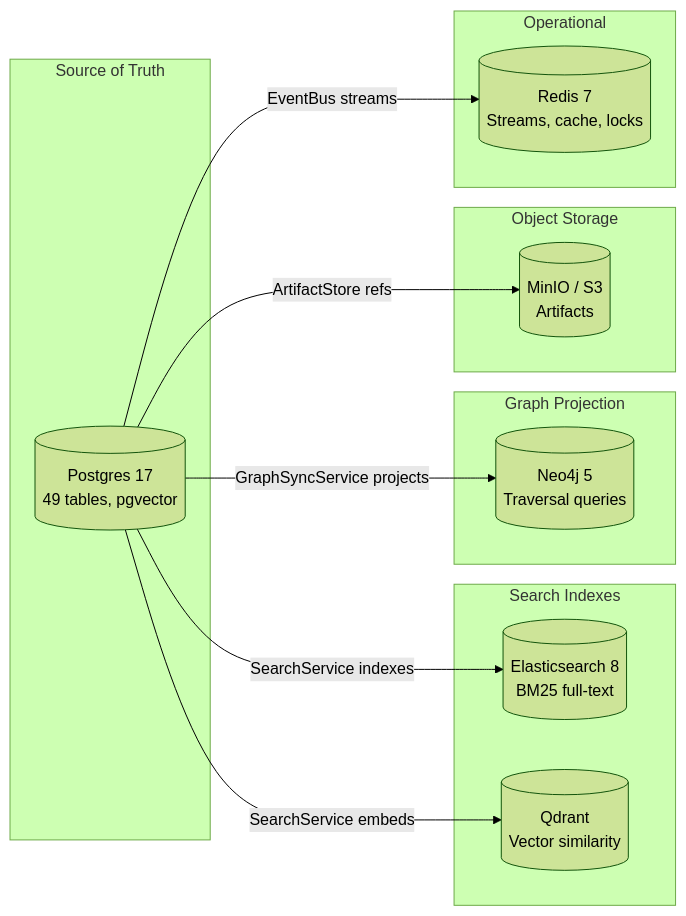
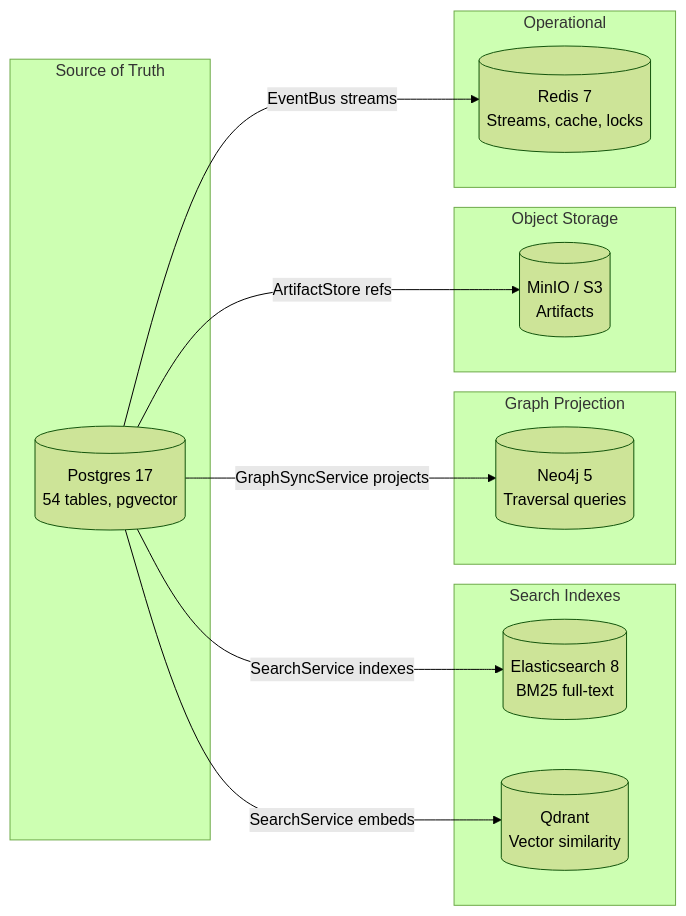
One commit to shivadharmi/muldro changed the second of 2 diagrams in docs/architecture/data-model.md. Above: the diagram before and after it, drawn with Mermaid (forest theme). The commit also changed other lines of this file and 25 other files, not shown here.

````diff
--- a/docs/architecture/data-model.md
+++ b/docs/architecture/data-model.md
@@ -260,29 +271,29 @@
 ```mermaid
 graph LR
     subgraph "Source of Truth"
-        PG[(Postgres 17<br/>49 tables, pgvector)]
+        PG[(Postgres 17<br/>54 tables, pgvector)]
     end
 
     subgraph "Search Indexes"
         ES[(Elasticsearch 8<br/>BM25 full-text)]
         QD[(Qdrant<br/>Vector similarity)]
     end
 
     subgraph "Graph Projection"
         N4J[(Neo4j 5<br/>Traversal queries)]
     end
 
     subgraph "Object Storage"
         S3[(MinIO / S3<br/>Artifacts)]
     end
 
     subgraph "Operational"
         RD[(Redis 7<br/>Streams, cache, locks)]
     end
 
     PG -->|SearchService indexes| ES
     PG -->|SearchService embeds| QD
     PG -->|GraphSyncService projects| N4J
     PG -->|ArtifactStore refs| S3
     PG -->|EventBus streams| RD
 ```
````
